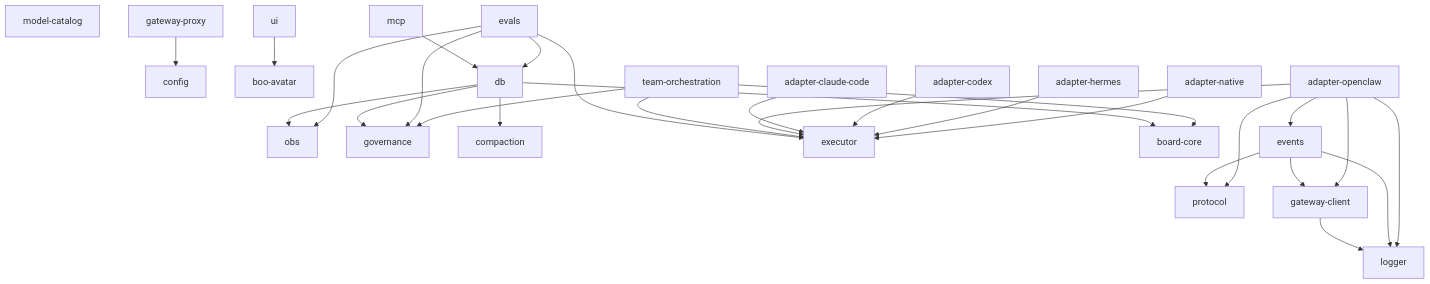
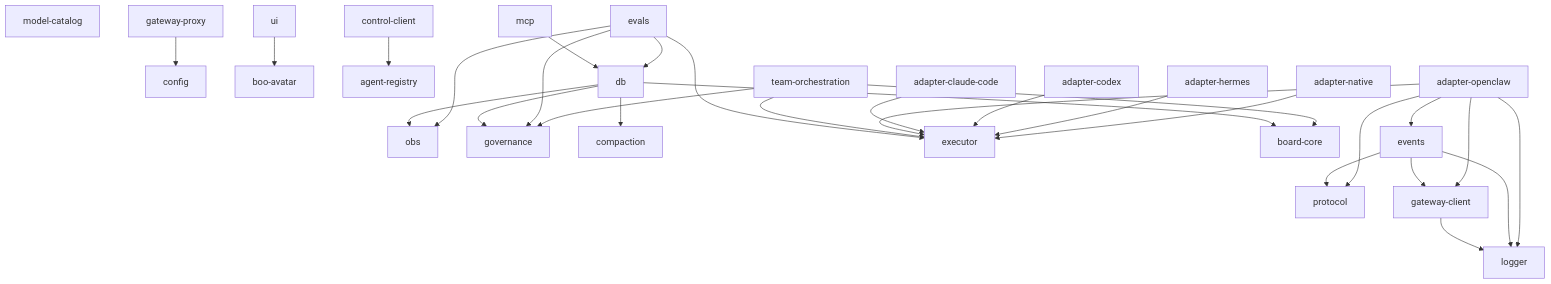
The diagram in docs/reference/packages/index.md (clawboo/clawboo), drawn with Mermaid before and after one commit. The commit also changed other lines of this file and 56 other files, not shown here.

````diff
--- a/docs/reference/packages/index.md
+++ b/docs/reference/packages/index.md
@@ -53,42 +53,44 @@
 ```mermaid
 graph TD
   logger[logger]
   protocol[protocol]
   config[config]
   obs[obs]
   governance[governance]
   compaction[compaction]
   executor[executor]
   model-catalog[model-catalog]
   boo-avatar[boo-avatar]
   board-core[board-core]
+  agent-registry[agent-registry]
 
   gateway-client[gateway-client] --> logger
   events[events] --> gateway-client
   events --> logger
   events --> protocol
   gateway-proxy[gateway-proxy] --> config
   db[db] --> board-core
   db --> compaction
   db --> governance
   db --> obs
   mcp[mcp] --> db
   evals[evals] --> db
   evals --> executor
   evals --> governance
   evals --> obs
   team-orchestration[team-orchestration] --> board-core
   team-orchestration --> executor
   team-orchestration --> governance
   ui[ui] --> boo-avatar
+  control-client[control-client] --> agent-registry
 
   adapter-openclaw[adapter-openclaw] --> events
   adapter-openclaw --> executor
   adapter-openclaw --> gateway-client
   adapter-openclaw --> logger
   adapter-openclaw --> protocol
   adapter-claude-code[adapter-claude-code] --> executor
   adapter-codex[adapter-codex] --> executor
   adapter-hermes[adapter-hermes] --> executor
   adapter-native[adapter-native] --> executor
 ```
````
